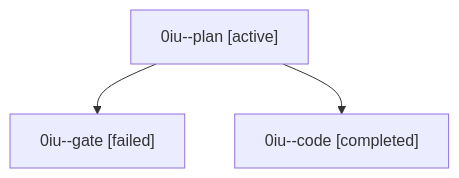
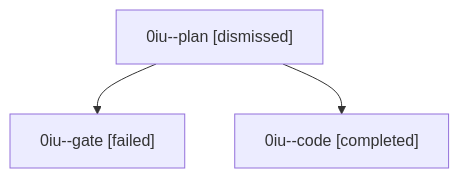
The diagram in sessions/bbugyi200.athena.0iu.md (sase-org/sase--agents), drawn with Mermaid before and after one commit. The commit also changed other lines of this file and 43 other files, not shown here.

````diff
--- a/sessions/bbugyi200.athena.0iu.md
+++ b/sessions/bbugyi200.athena.0iu.md
@@ -9,8 +9,8 @@
 ```mermaid
 flowchart TD
-  n0["0iu--plan [active]"]
+  n0["0iu--plan [dismissed]"]
   n1["0iu--gate [failed]"]
   n0 --> n1
   n2["0iu--code [completed]"]
   n0 --> n2
 ```
````
